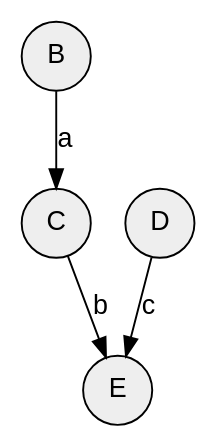
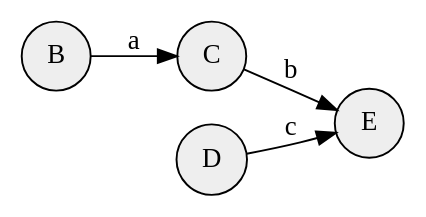
The diagram in output/dot/notebook2.dot (reina-m/Stage), drawn with Graphviz before and after one commit. The commit also changed 42 other files, not shown here.

Commit message:
feat(pos): use graphviz positions in json outputs

```diff
--- a/output/dot/notebook2.dot
+++ b/output/dot/notebook2.dot
@@ -1,12 +1,35 @@
 digraph Notebook {
-    rankdir="TB";
-    node [shape=circle, style=filled, fillcolor="#eeeeee", fontname="Helvetica"];
-    edge [fontname="Helvetica"];
-    "cell_0" [label="B", shape="circle", fillcolor="#eeeeee"];
-    "cell_1" [label="C", shape="circle", fillcolor="#eeeeee"];
-    "cell_2" [label="D", shape="circle", fillcolor="#eeeeee"];
-    "cell_3" [label="E", shape="circle", fillcolor="#eeeeee"];
-    "cell_0" -> "cell_1" [label="a"];
-    "cell_1" -> "cell_3" [label="b"];
-    "cell_2" -> "cell_3" [label="c"];
+	graph [bb="0,0,192.75,90",
+		rankdir=LR
+	];
+	node [fillcolor="#eeeeee",
+		label="\N",
+		shape=circle,
+		style=filled
+	];
+	cell_0	[height=0.5,
+		label=B,
+		pos="18,72",
+		width=0.5];
+	cell_1	[height=0.5,
+		label=C,
+		pos="96,72",
+		width=0.5];
+	cell_0 -> cell_1	[label=a,
+		lp="57,80.25",
+		pos="e,77.56,72 36.246,72 45.122,72 56.179,72 66.298,72"];
+	cell_3	[height=0.5,
+		label=E,
+		pos="174.75,38",
+		width=0.5];
+	cell_1 -> cell_3	[label=b,
+		lp="135.38,64.269",
+		pos="e,157.87,45.036 112.9,64.955 122.88,60.533 136,54.724 147.5,49.631"];
+	cell_2	[height=0.5,
+		label=D,
+		pos="96,18",
+		width=0.5];
+	cell_2 -> cell_3	[label=c,
+		lp="135.38,34.75",
+		pos="e,157.49,32.219 114.17,21.028 121.75,22.485 130.74,24.377 138.75,26.5 141.36,27.191 144.06,27.967 146.75,28.781"];
 }
```
